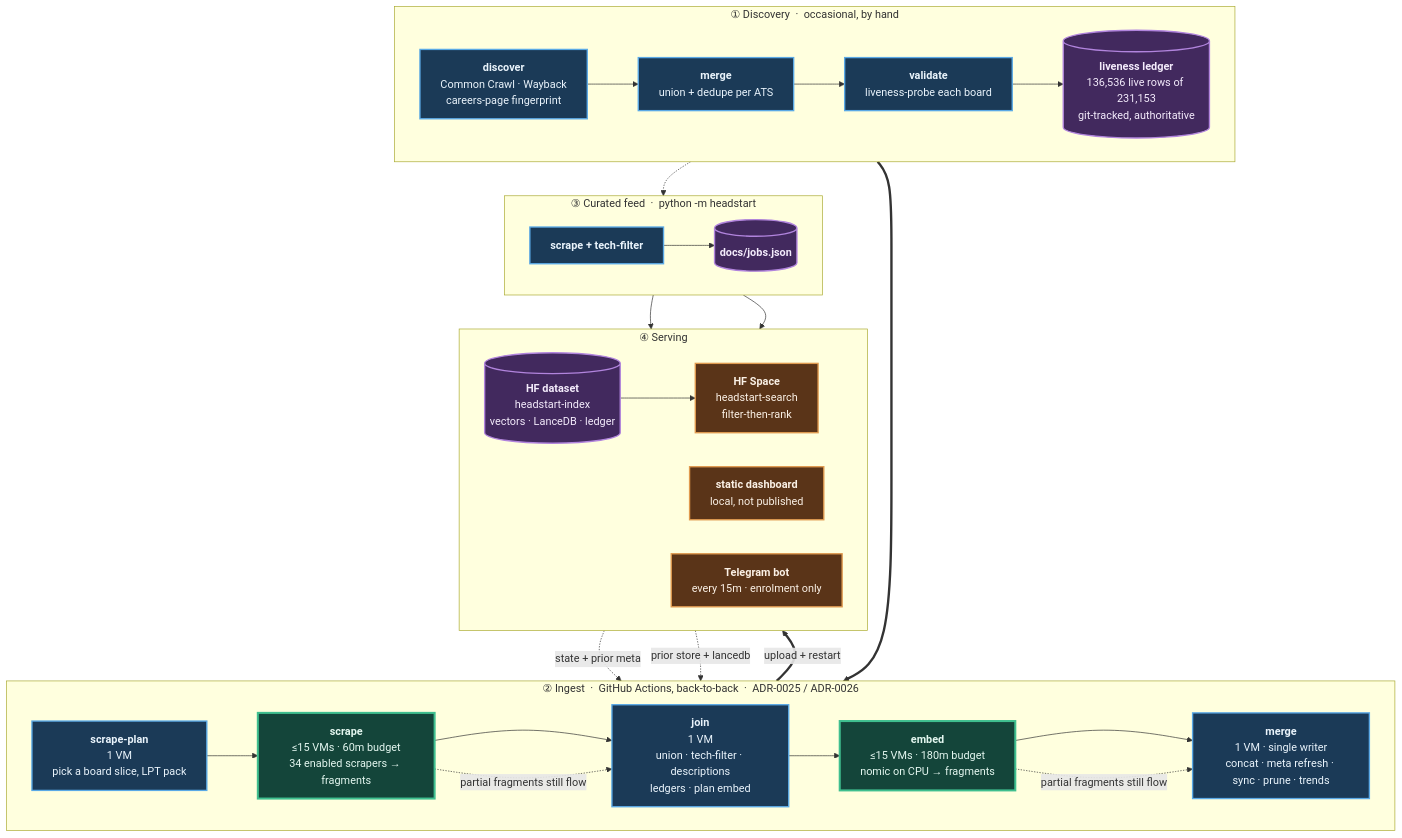
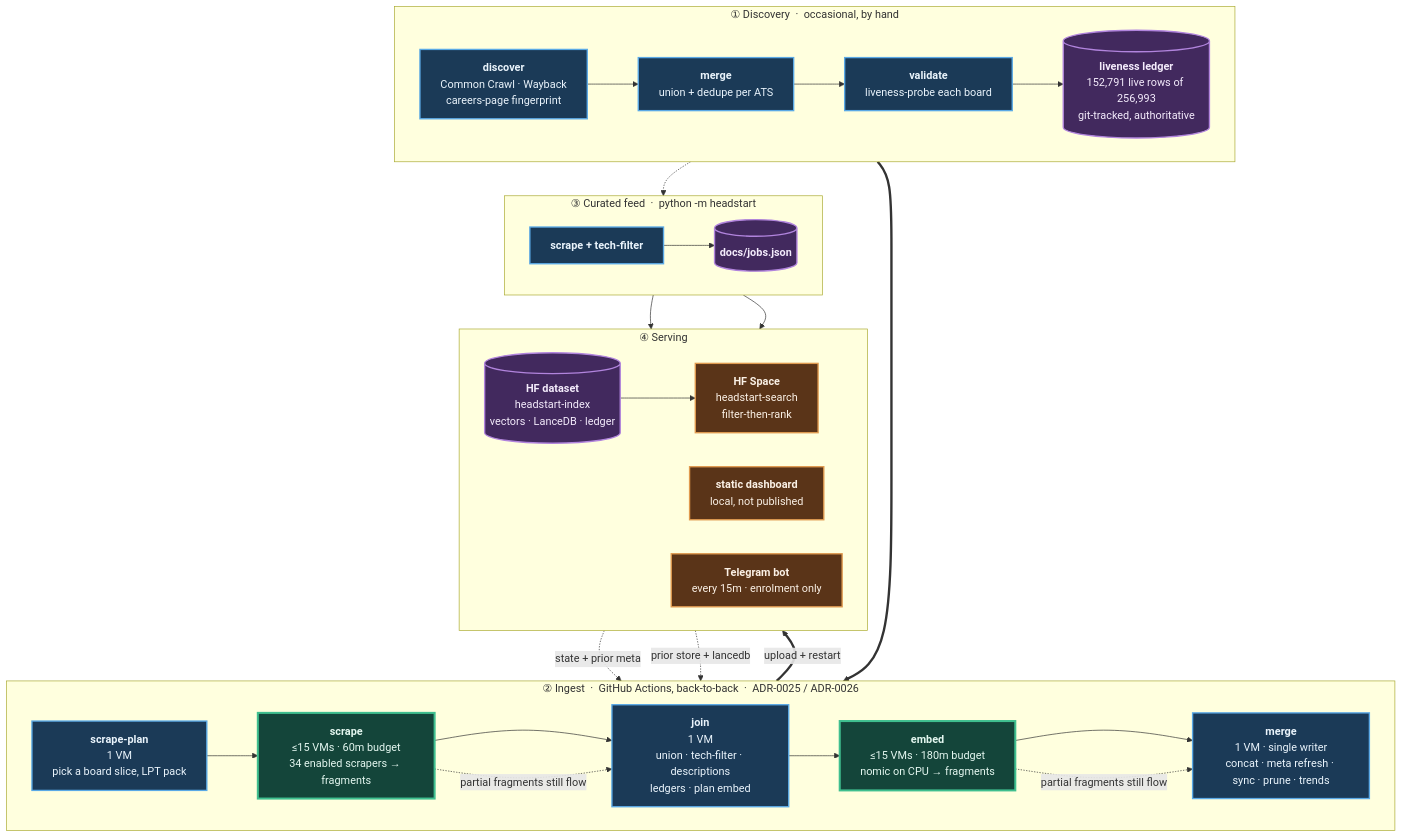
Before and after one commit to sarthakjain004/headstart: the diagram in README.md, drawn with Mermaid. The commit also changed other lines of this file and 13 other files, not shown here.

````diff
--- a/README.md
+++ b/README.md
@@ -141,56 +141,56 @@
 ```mermaid
 flowchart TB
     subgraph D["① Discovery &nbsp;·&nbsp; occasional, by hand"]
         direction LR
         D1["<b>discover</b><br/>Common Crawl · Wayback<br/>careers-page fingerprint"]
         D2["<b>merge</b><br/>union + dedupe per ATS"]
         D3["<b>validate</b><br/>liveness-probe each board"]
-        D4[("<b>liveness ledger</b><br/>136,536 live rows of 231,153<br/>git-tracked, authoritative")]
+        D4[("<b>liveness ledger</b><br/>152,791 live rows of 256,993<br/>git-tracked, authoritative")]
         D1 --> D2 --> D3 --> D4
     end
 
     subgraph P["② Ingest &nbsp;·&nbsp; GitHub Actions, back-to-back &nbsp;·&nbsp; ADR-0025 / ADR-0026"]
         direction LR
         P1["<b>scrape-plan</b><br/>1 VM<br/>pick a board slice, LPT pack"]
         P2["<b>scrape</b><br/>≤15 VMs · 60m budget<br/>34 enabled scrapers → fragments"]
         P3["<b>join</b><br/>1 VM<br/>union · tech-filter · descriptions<br/>ledgers · plan embed"]
         P4["<b>embed</b><br/>≤15 VMs · 180m budget<br/>nomic on CPU → fragments"]
         P5["<b>merge</b><br/>1 VM · single writer<br/>concat · meta refresh · sync · prune · trends"]
         P1 --> P2 --> P3 --> P4 --> P5
     end
 
     subgraph F["③ Curated feed &nbsp;·&nbsp; python -m headstart"]
         direction LR
         F1["<b>scrape + tech-filter</b>"]
         F2[("<b>docs/jobs.json</b>")]
         F1 --> F2
     end
 
     subgraph S["④ Serving"]
         direction LR
         S1[("<b>HF dataset</b><br/>headstart-index<br/>vectors · LanceDB · ledger")]
         S2["<b>HF Space</b><br/>headstart-search<br/>filter-then-rank"]
         S3["<b>static dashboard</b><br/>local, not published"]
         S4["<b>Telegram bot</b><br/>every 15m · enrolment only"]
         S1 --> S2
     end
 
     D4 ==> P1
     S1 -. "state + prior meta" .-> P1
     S1 -. "prior store + lancedb" .-> P5
     D4 -.-> F1
     P5 ==>|"upload + restart"| S1
     F2 --> S3
     F2 --> S4
     P2 -. "partial fragments still flow" .-> P3
     P4 -. "partial fragments still flow" .-> P5
 
     classDef serial fill:#1b3a57,stroke:#5aa9e6,stroke-width:2px,color:#eaf4fc
     classDef fan fill:#14453a,stroke:#3fbf8f,stroke-width:3px,color:#e4f7f0
     classDef store fill:#42295e,stroke:#b184dd,stroke-width:2px,color:#f4ecfc
     classDef serve fill:#5a3418,stroke:#e09a4f,stroke-width:2px,color:#fbf1e6
     class D1,D2,D3,P1,P3,P5,F1 serial
     class P2,P4 fan
     class D4,F2,S1 store
     class S2,S3,S4 serve
 ```
````
